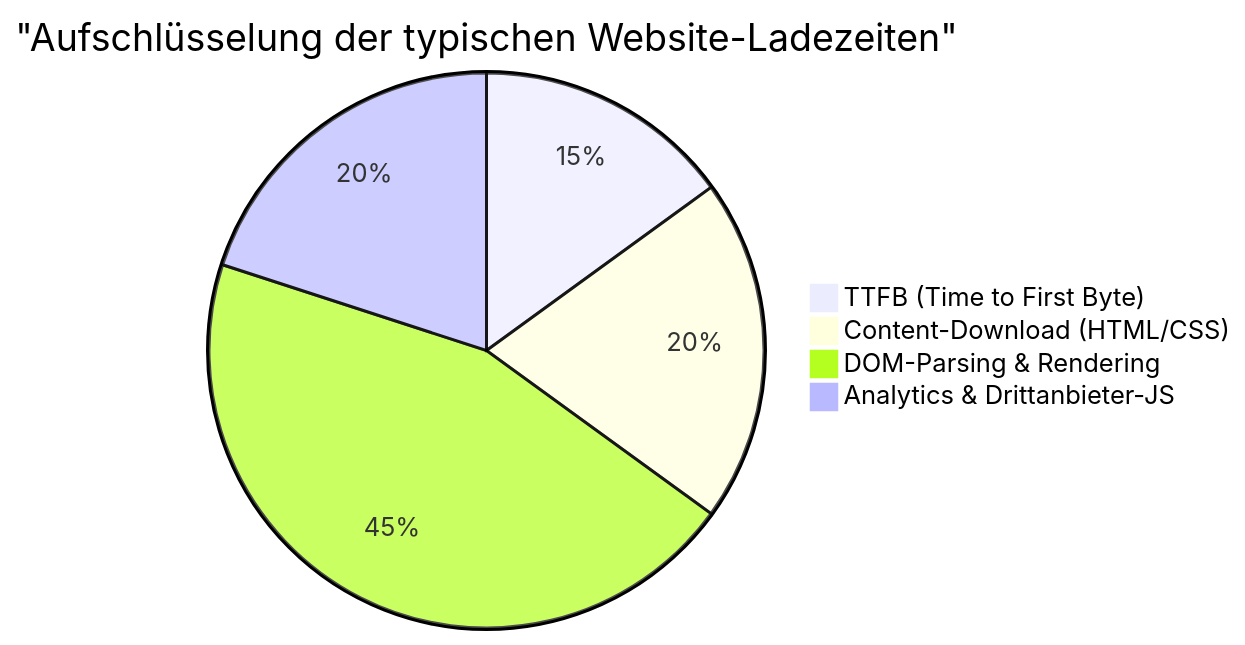
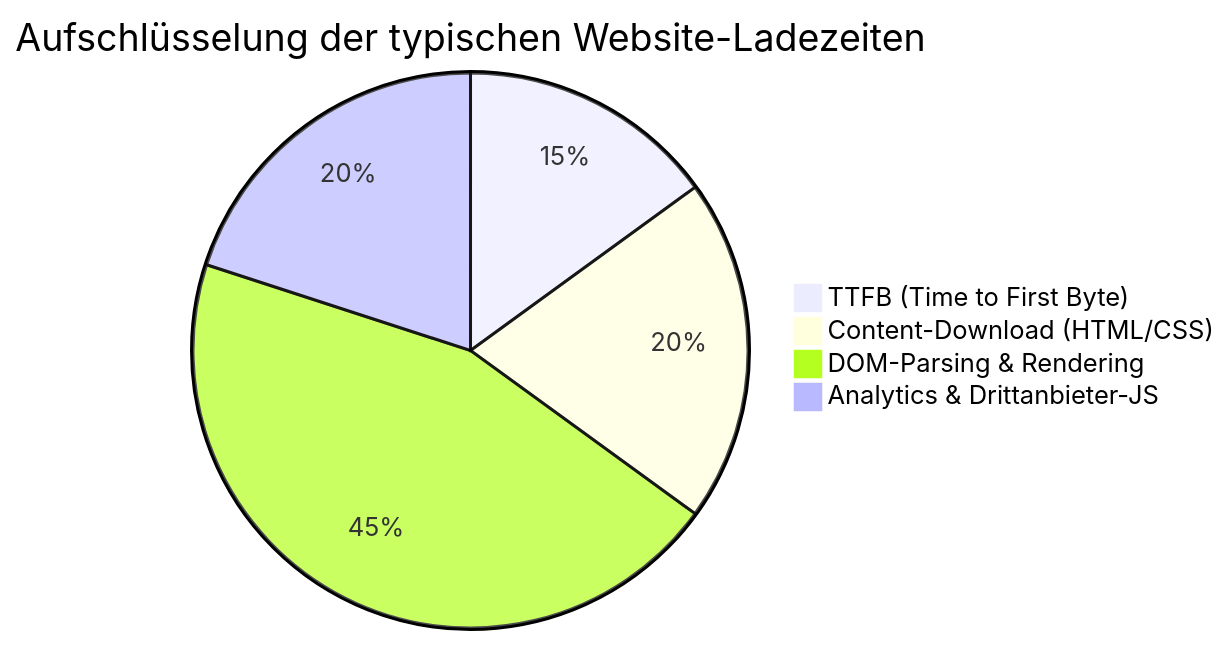
One commit to kenjinote/blog changed the third of 3 diagrams in content/post/hugo_hosting/index.de.md. Above: the diagram before and after it, drawn with Mermaid. The commit also changed other lines of this file and 703 other files, not shown here.

Commit message:
Fix: Remove quotes from Mermaid link texts and timeline definitions to support Mermaid 11.4.1

````diff
--- a/content/post/hugo_hosting/index.de.md
+++ b/content/post/hugo_hosting/index.de.md
@@ -223,7 +223,7 @@
 ```mermaid
-pie title "Aufschlüsselung der typischen Website-Ladezeiten"
+pie title Aufschlüsselung der typischen Website-Ladezeiten
     "TTFB (Time to First Byte)" : 15
     "Content-Download (HTML/CSS)" : 20
     "DOM-Parsing & Rendering" : 45
     "Analytics & Drittanbieter-JS" : 20
 ```
````
